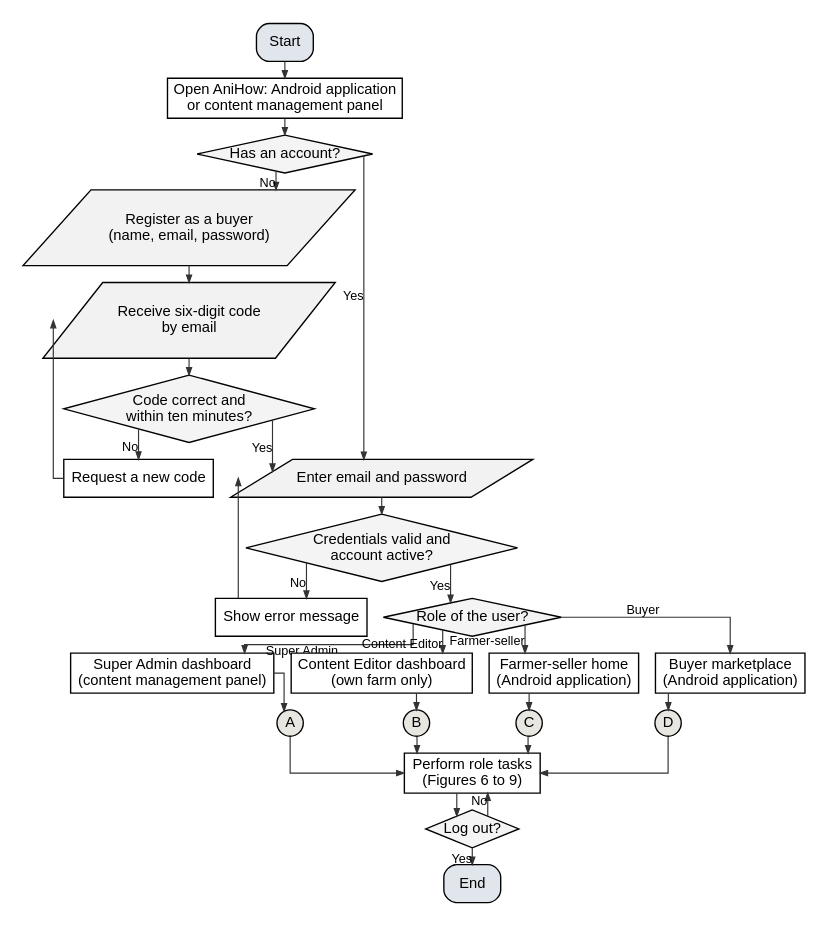
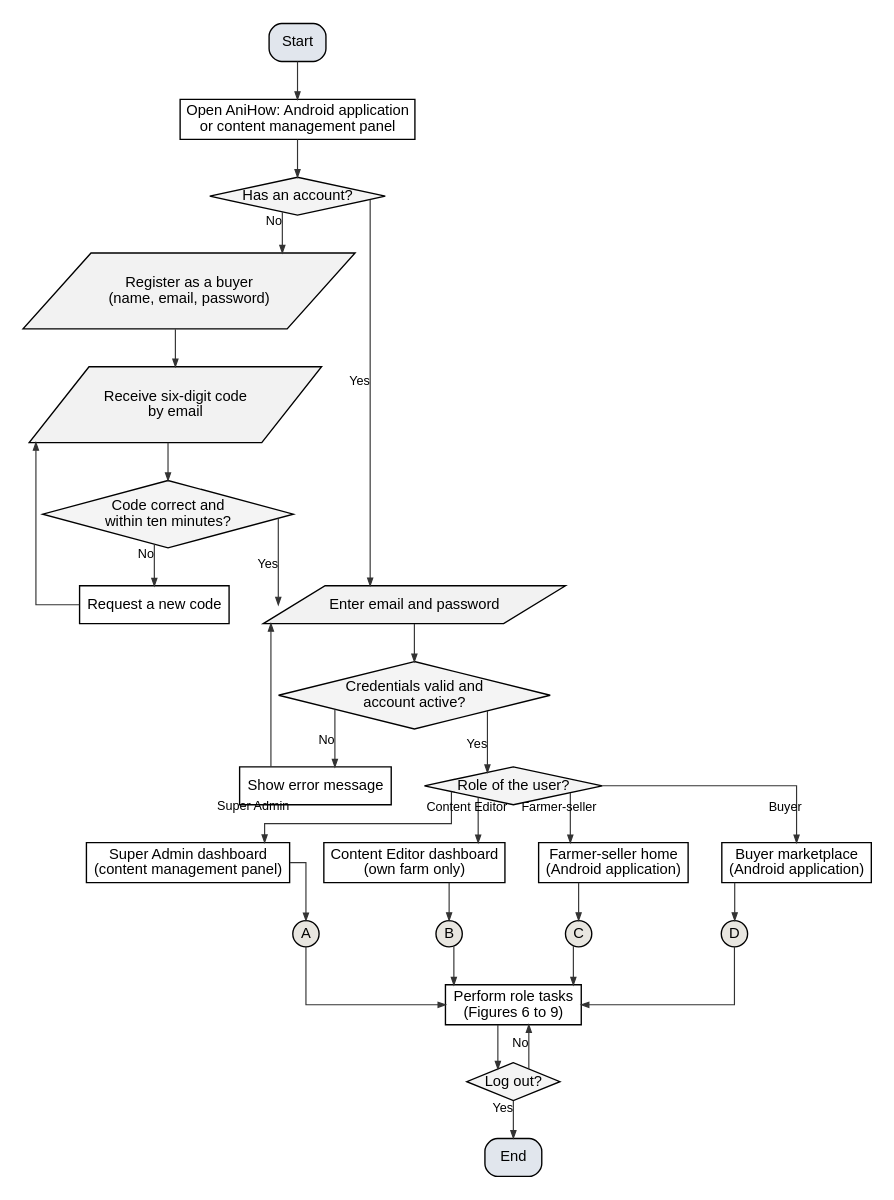
The diagram in docs/manuscript/figures/src/fig5a_flow_overall.dot (shawncastaneda11-commits/anihow-backend), drawn with Graphviz before and after one commit. The commit also changed 15 other files, not shown here.

First line of the commit message:
docs(manuscript): clear overlapping lines in the system flowcharts

```diff
--- a/docs/manuscript/figures/src/fig5a_flow_overall.dot
+++ b/docs/manuscript/figures/src/fig5a_flow_overall.dot
@@ -1,57 +1,57 @@
 digraph G {
-  graph [rankdir=TB, nodesep=0.22, ranksep=0.22, pad=0.2, fontname="Liberation Sans", newrank=true, splines=ortho];
+  graph [rankdir=TB, nodesep=0.45, ranksep=0.5, pad=0.2, fontname="Liberation Sans", newrank=true, splines=ortho];
   node  [fontname="Liberation Sans", fontsize=14, penwidth=1.3, style=filled, fillcolor="#FFFFFF", margin="0.12,0.06"];
   edge  [penwidth=1.1, arrowsize=0.7, color="#333333", fontname="Liberation Sans", fontsize=12];
   s [shape=box, style="rounded,filled", fillcolor="#E1E6ED", label="Start"];
   open [shape=box, label="Open AniHow: Android application\nor content management panel"];
   acct [shape=diamond, fillcolor="#F4F4F4", label="Has an account?", margin="0.02,0.02"];
   reg [shape=parallelogram, fillcolor="#F2F2F2", label="Register as a buyer\n(name, email, password)", margin="0.02,0.04"];
   code [shape=parallelogram, fillcolor="#F2F2F2", label="Receive six-digit code\nby email", margin="0.02,0.04"];
   valid [shape=diamond, fillcolor="#F4F4F4", label="Code correct and\nwithin ten minutes?", margin="0.02,0.02"];
   resend [shape=box, label="Request a new code"];
   login [shape=parallelogram, fillcolor="#F2F2F2", label="Enter email and password", margin="0.02,0.04"];
   ok [shape=diamond, fillcolor="#F4F4F4", label="Credentials valid and\naccount active?", margin="0.02,0.02"];
   err [shape=box, label="Show error message"];
   role [shape=diamond, fillcolor="#F4F4F4", label="Role of the user?", margin="0.02,0.02"];
   sa [shape=box, label="Super Admin dashboard\n(content management panel)"];
   ce [shape=box, label="Content Editor dashboard\n(own farm only)"];
   fs [shape=box, label="Farmer-seller home\n(Android application)"];
   by [shape=box, label="Buyer marketplace\n(Android application)"];
   csa [shape=circle, width=0.35, fixedsize=true, fillcolor="#E8E6E0", label="A"];
   sa -> csa;
   cce [shape=circle, width=0.35, fixedsize=true, fillcolor="#E8E6E0", label="B"];
   ce -> cce;
   cfs [shape=circle, width=0.35, fixedsize=true, fillcolor="#E8E6E0", label="C"];
   fs -> cfs;
   cby [shape=circle, width=0.35, fixedsize=true, fillcolor="#E8E6E0", label="D"];
   by -> cby;
   tasks [shape=box, label="Perform role tasks\n(Figures 6 to 9)"];
   out [shape=diamond, fillcolor="#F4F4F4", label="Log out?", margin="0.02,0.02"];
   end [shape=box, style="rounded,filled", fillcolor="#E1E6ED", label="End"];
   s -> open;
   open -> acct;
   acct -> reg [xlabel="No"];
   reg -> code;
   code -> valid;
   valid -> resend [xlabel="No"];
   resend -> code [constraint=false];
   valid -> login [xlabel="Yes"];
   acct -> login [xlabel="Yes"];
   login -> ok;
   ok -> err [xlabel="No"];
   err -> login [constraint=false];
   ok -> role [xlabel="Yes"];
-  role -> sa [xlabel="Super Admin"];
-  role -> ce [xlabel="Content Editor"];
-  role -> fs [xlabel="Farmer-seller"];
-  role -> by [xlabel="Buyer"];
+  role -> sa [headlabel="Super Admin", labeldistance=3.5, labelangle=18];
+  role -> ce [headlabel="Content Editor", labeldistance=3.5, labelangle=18];
+  role -> fs [headlabel="Farmer-seller", labeldistance=3.5, labelangle=18];
+  role -> by [headlabel="Buyer", labeldistance=3.5, labelangle=18];
   csa -> tasks;
   cce -> tasks;
   cfs -> tasks;
   cby -> tasks;
   tasks -> out;
   out -> tasks [xlabel="No", constraint=false];
   out -> end [xlabel="Yes"];
   {rank=same; sa ce fs by}
   {rank=same; csa cce cfs cby}
 }
```
